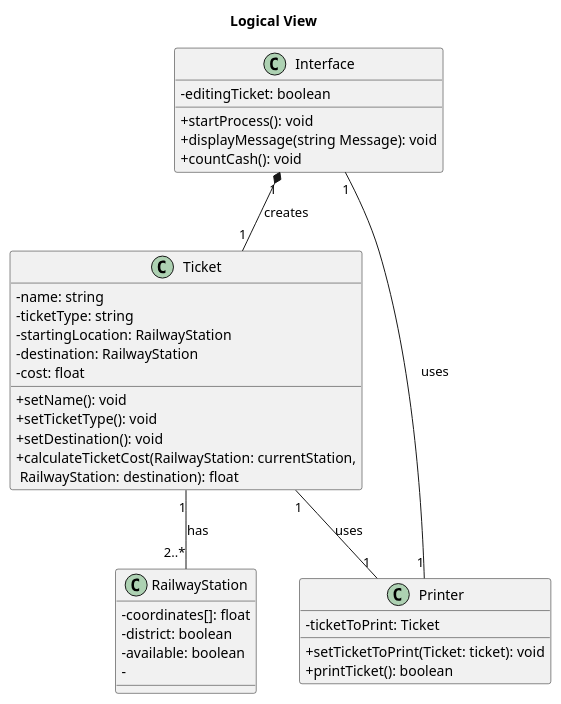
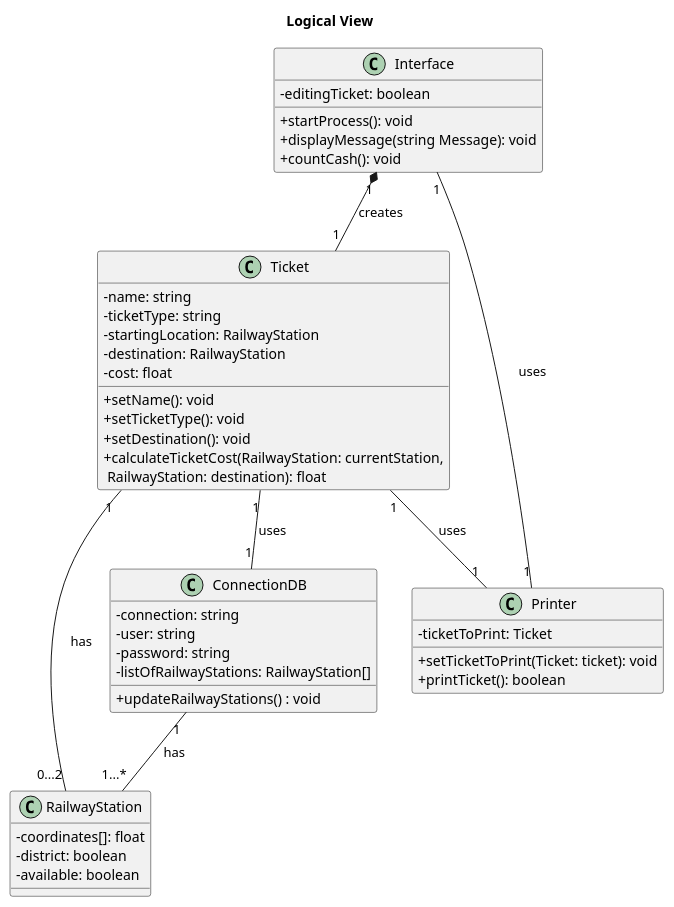
Before and after one commit to larsfriese/swed-fra-uas: the first of 4 diagrams in src/sheet2/2.puml, drawn with PlantUML. The commit also changed other lines of this file and 2 other files, not shown here.

```diff
--- a/src/sheet2/2.puml
+++ b/src/sheet2/2.puml
@@ -1,46 +1,57 @@
 @startuml
 skinparam classAttributeIconSize 0
 
 title Logical View
 
 class Interface {
     - editingTicket: boolean
 
     + startProcess(): void
     + displayMessage(string Message): void
     + countCash(): void
 }
 
 class Ticket {
     - name: string
     - ticketType: string
     - startingLocation: RailwayStation
     - destination: RailwayStation
     - cost: float
 
     + setName(): void
     + setTicketType(): void
     + setDestination(): void
     + calculateTicketCost(RailwayStation: currentStation,\n RailwayStation: destination): float
 
 }
 
 class RailwayStation {
     - coordinates[]: float
     - district: boolean
     - available: boolean
-    -
+
+}
+
+class ConnectionDB {
+    - connection: string
+    - user: string
+    - password: string
+    - listOfRailwayStations: RailwayStation[]
+
+    + updateRailwayStations() : void
 }
 
 class Printer {
     - ticketToPrint: Ticket
 
     +setTicketToPrint(Ticket: ticket): void
     +printTicket(): boolean
 }
 
 Interface "1" *-- "1" Ticket : creates
 Interface "1" -- "1" Printer : uses
 Ticket "1" -- "1" Printer : uses
-Ticket "1" -- "2..*" RailwayStation : has
+Ticket "1" -- "0...2" RailwayStation : has
+ConnectionDB "1" -- "1...*" RailwayStation : has
+Ticket "1" -- "1" "ConnectionDB" : uses
 @enduml
```
